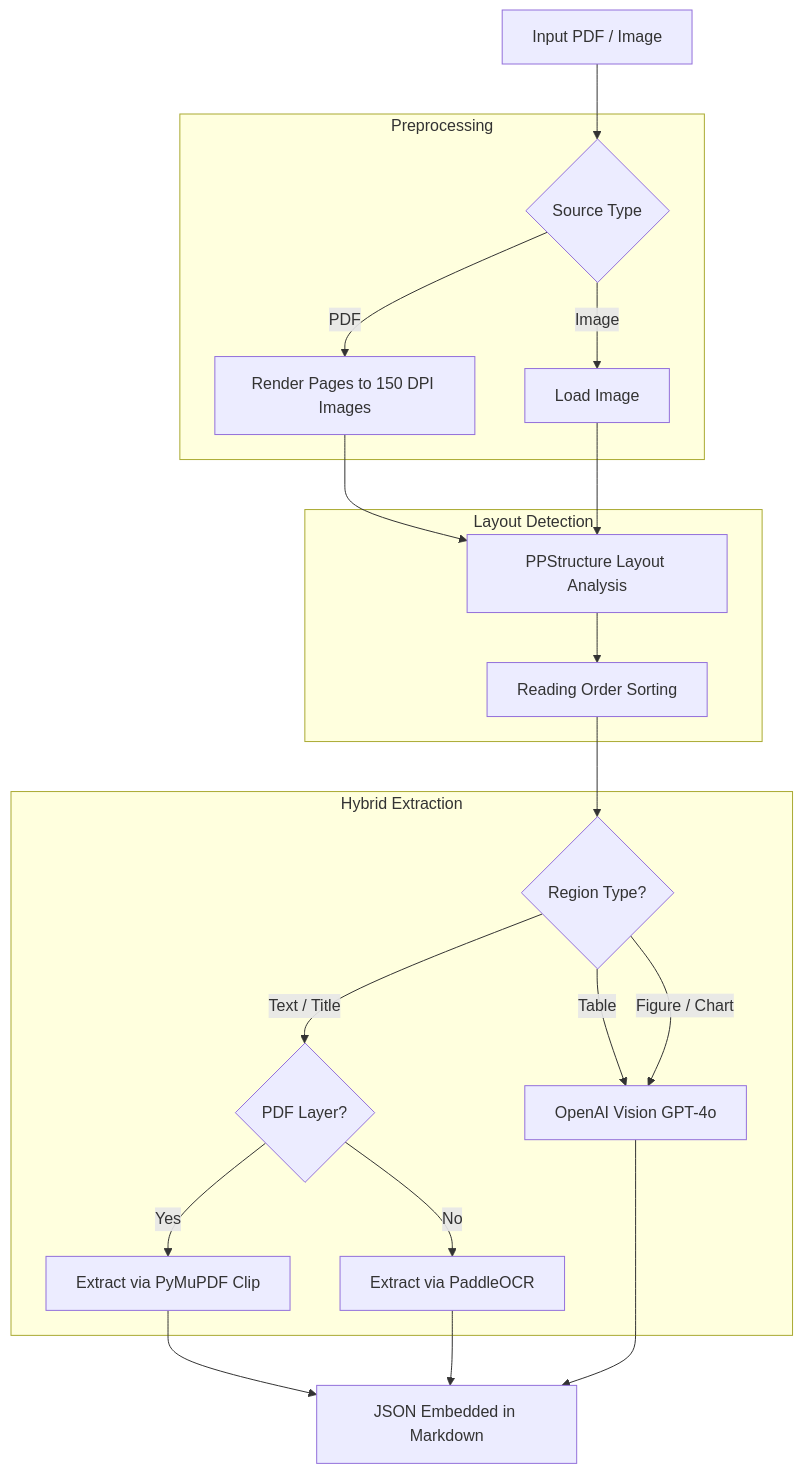
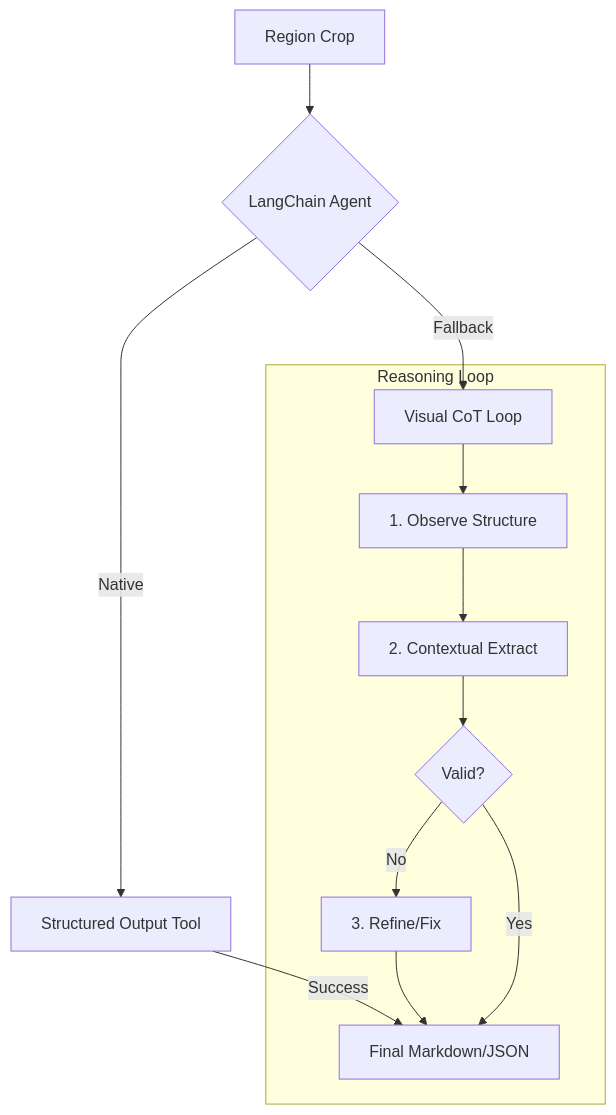
Before and after one commit to madhumithra-dev/DocumentProcessor: the diagram in README.md, drawn with Mermaid. The commit also changed other lines of this file and 2 other files, not shown here.

Commit message:
final code

````diff
--- a/README.md
+++ b/README.md
@@ -9,29 +17,16 @@
 ```mermaid
 graph TD
-    A[Input PDF / Image] --> B{Source Type}
+    A[Region Crop] --> B{LangChain Agent}
+    B -->|Native| C[Structured Output Tool]
+    C -->|Success| G[Final Markdown/JSON]
     
-    subgraph "Preprocessing"
-    B -->|PDF| C[Render Pages to 150 DPI Images]
-    B -->|Image| D[Load Image]
+    B -->|Fallback| D[Visual CoT Loop]
+    subgraph "Reasoning Loop"
+    D --> E[1. Observe Structure]
+    E --> F[2. Contextual Extract]
+    F --> H{Valid?}
+    H -->|No| I[3. Refine/Fix]
+    I --> G
+    H -->|Yes| G
     end
-    
-    subgraph "Layout Detection"
-    C --> E[PPStructure Layout Analysis]
-    D --> E
-    E --> F[Reading Order Sorting]
-    end
-    
-    subgraph "Hybrid Extraction"
-    F --> G{Region Type?}
-    G -->|Text / Title| H{PDF Layer?}
-    H -->|Yes| I[Extract via PyMuPDF Clip]
-    H -->|No| J[Extract via PaddleOCR]
-    
-    G -->|Table| K[OpenAI Vision GPT-4o]
-    G -->|Figure / Chart| K
-    end
-    
-    I --> L[Markdown Output]
-    J --> L
-    K --> L[JSON Embedded in Markdown]
 ```
````
